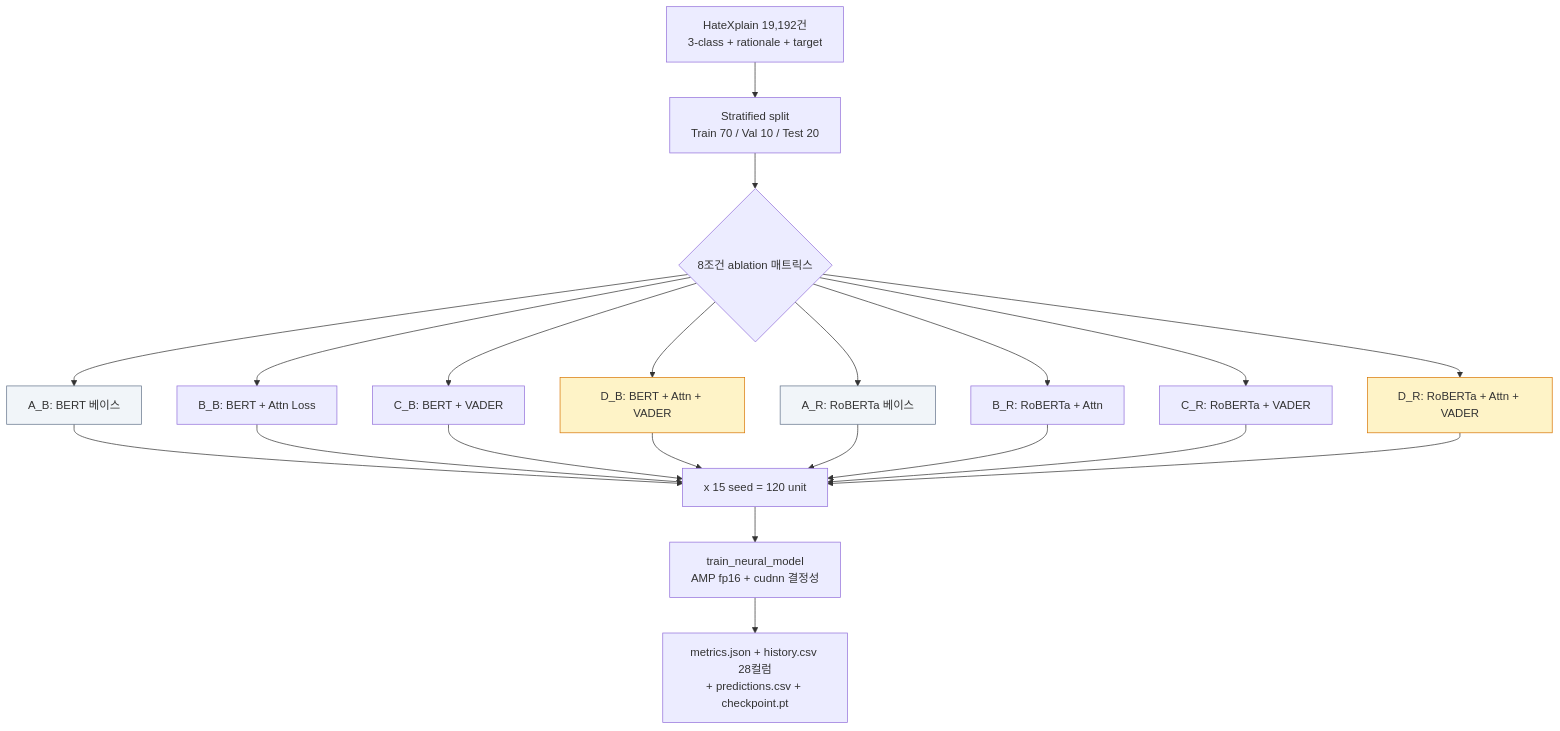
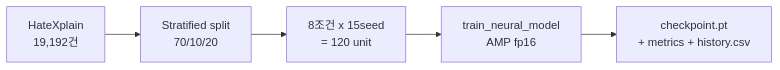
One commit to WinterFlw/Big_data_Programming changed the fourth of 17 diagrams in v2/docs/24_architecture.md. Above: the diagram before and after it, drawn with Mermaid. The commit also changed other lines of this file, not shown here.

First line of the commit message:
docs(v2): 아키텍처 Mermaid 전면 재작성 — 흐름 직관화

````diff
--- a/v2/docs/24_architecture.md
+++ b/v2/docs/24_architecture.md
@@ -102,24 +47,4 @@
 ```mermaid
-flowchart TD
-    data[HateXplain 19,192건<br/>3-class + rationale + target] --> split[Stratified split<br/>Train 70 / Val 10 / Test 20]
-
-    split --> matrix{8조건 ablation 매트릭스}
-
-    matrix --> AB["A_B: BERT 베이스"]
-    matrix --> BB["B_B: BERT + Attn Loss"]
-    matrix --> CB["C_B: BERT + VADER"]
-    matrix --> DB["D_B: BERT + Attn + VADER"]
-    matrix --> AR["A_R: RoBERTa 베이스"]
-    matrix --> BR["B_R: RoBERTa + Attn"]
-    matrix --> CR["C_R: RoBERTa + VADER"]
-    matrix --> DR["D_R: RoBERTa + Attn + VADER"]
-
-    AB & BB & CB & DB & AR & BR & CR & DR --> seeds["x 15 seed = 120 unit"]
-    seeds --> train["train_neural_model<br/>AMP fp16 + cudnn 결정성"]
-    train --> outp["metrics.json + history.csv 28컬럼<br/>+ predictions.csv + checkpoint.pt"]
-
-    classDef base fill:#f1f5f9,stroke:#64748b
-    classDef improved fill:#fef3c7,stroke:#d97706
-    class AB,AR base
-    class DB,DR improved
+flowchart LR
+    raw[HateXplain<br/>19,192건] --> split[Stratified split<br/>70/10/20] --> cond[8조건 x 15seed<br/>= 120 unit] --> train[train_neural_model<br/>AMP fp16] --> out[checkpoint.pt<br/>+ metrics + history.csv]
 ```
````
